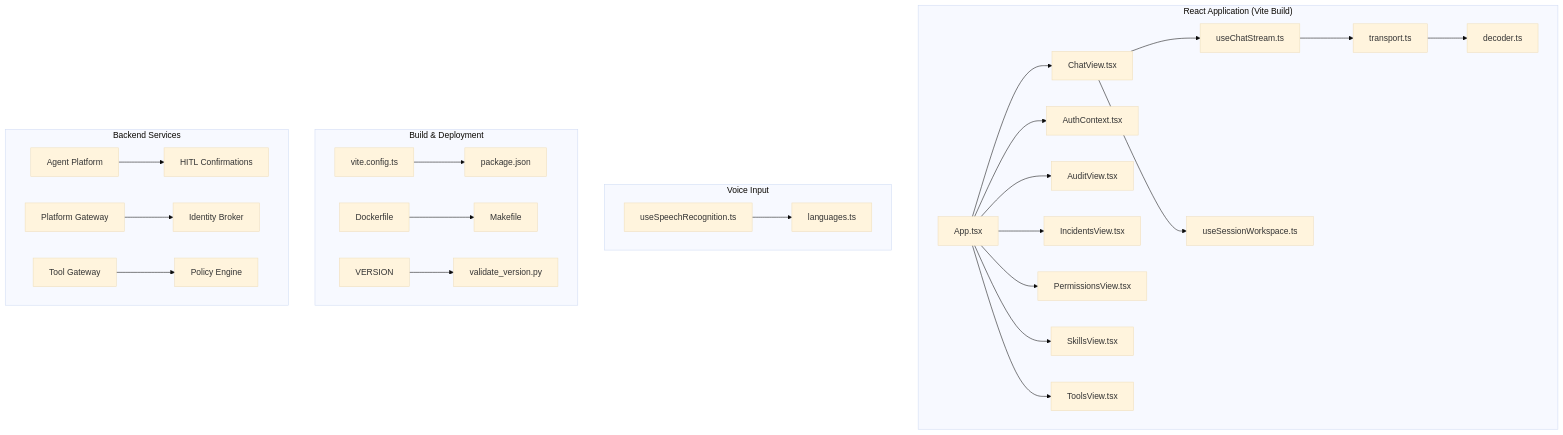
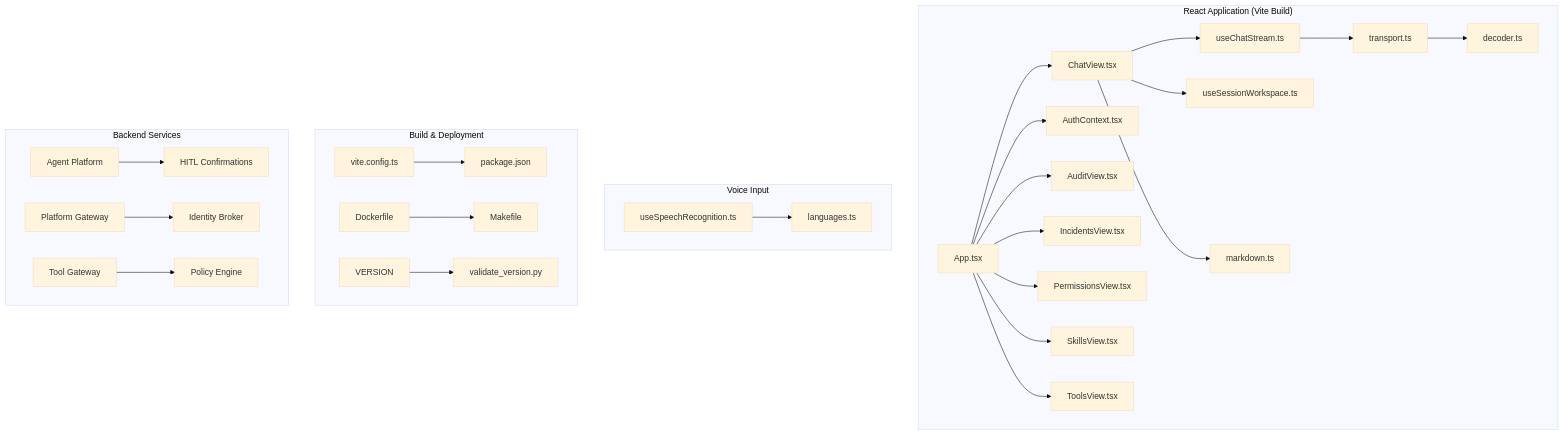
The first of 2 diagrams in .qoder/repowiki/en/content/Operator Portal.md (metasync/luban-aiops), drawn with Mermaid (base theme) before and after one commit. The commit also changed other lines of this file and 4 other files, not shown here.

````diff
--- a/.qoder/repowiki/en/content/Operator Portal.md
+++ b/.qoder/repowiki/en/content/Operator Portal.md
@@ -82,29 +81,30 @@
 ```mermaid
 graph TB
 subgraph "React Application (Vite Build)"
 A[App.tsx] --> B[ChatView.tsx]
 A --> C[AuthContext.tsx]
 B --> D[useChatStream.ts]
 B --> E[useSessionWorkspace.ts]
-D --> F[transport.ts]
-F --> G[decoder.ts]
-A --> H[AuditView.tsx]
-A --> I[IncidentsView.tsx]
-A --> J[PermissionsView.tsx]
-A --> K[SkillsView.tsx]
-A --> L[ToolsView.tsx]
+B --> F[markdown.ts]
+D --> G[transport.ts]
+G --> H[decoder.ts]
+A --> I[AuditView.tsx]
+A --> J[IncidentsView.tsx]
+A --> K[PermissionsView.tsx]
+A --> L[SkillsView.tsx]
+A --> M[ToolsView.tsx]
 end
 subgraph "Voice Input"
-M[useSpeechRecognition.ts] --> N[languages.ts]
+N[useSpeechRecognition.ts] --> O[languages.ts]
 end
 subgraph "Build & Deployment"
-O[vite.config.ts] --> P[package.json]
-Q[Dockerfile] --> R[Makefile]
-S[VERSION] --> T[validate_version.py]
+P[vite.config.ts] --> Q[package.json]
+R[Dockerfile] --> S[Makefile]
+T[VERSION] --> U[validate_version.py]
 end
 subgraph "Backend Services"
-U[Agent Platform] --> V[HITL Confirmations]
-W[Platform Gateway] --> X[Identity Broker]
-Y[Tool Gateway] --> Z[Policy Engine]
+V[Agent Platform] --> W[HITL Confirmations]
+X[Platform Gateway] --> Y[Identity Broker]
+Z[Tool Gateway] --> AA[Policy Engine]
 end
 ```
````
